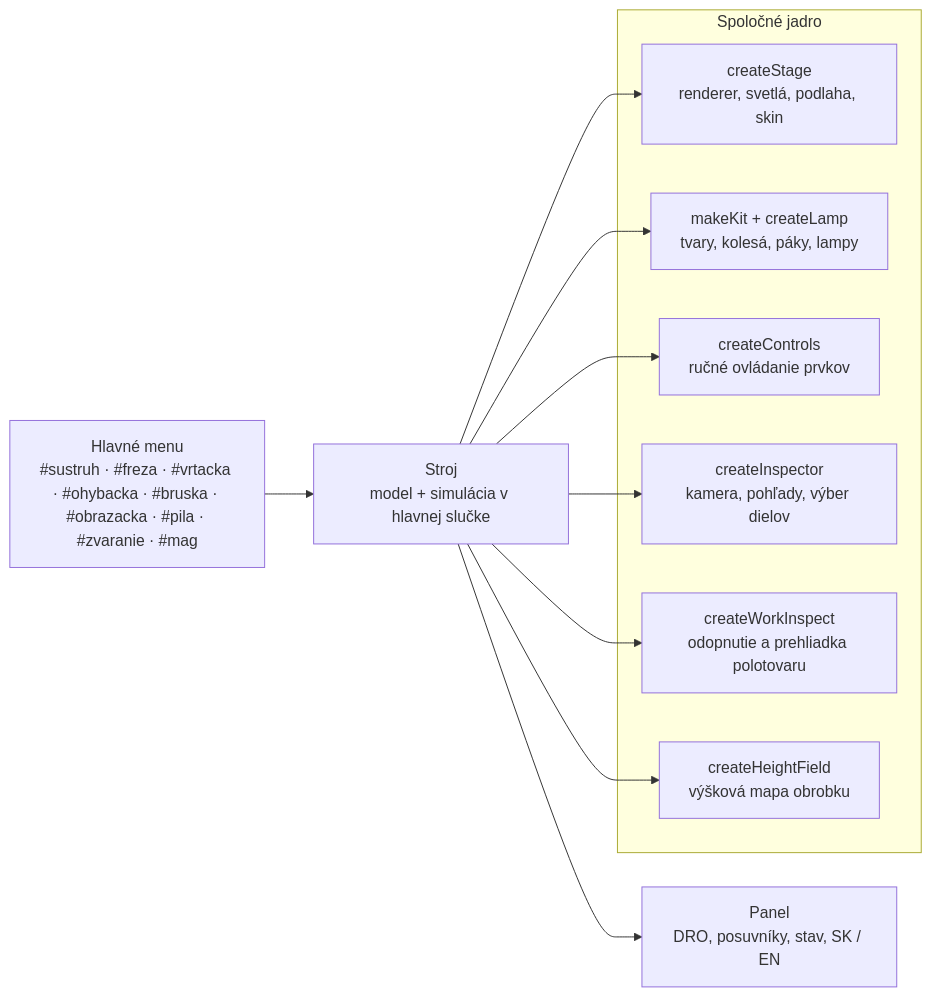
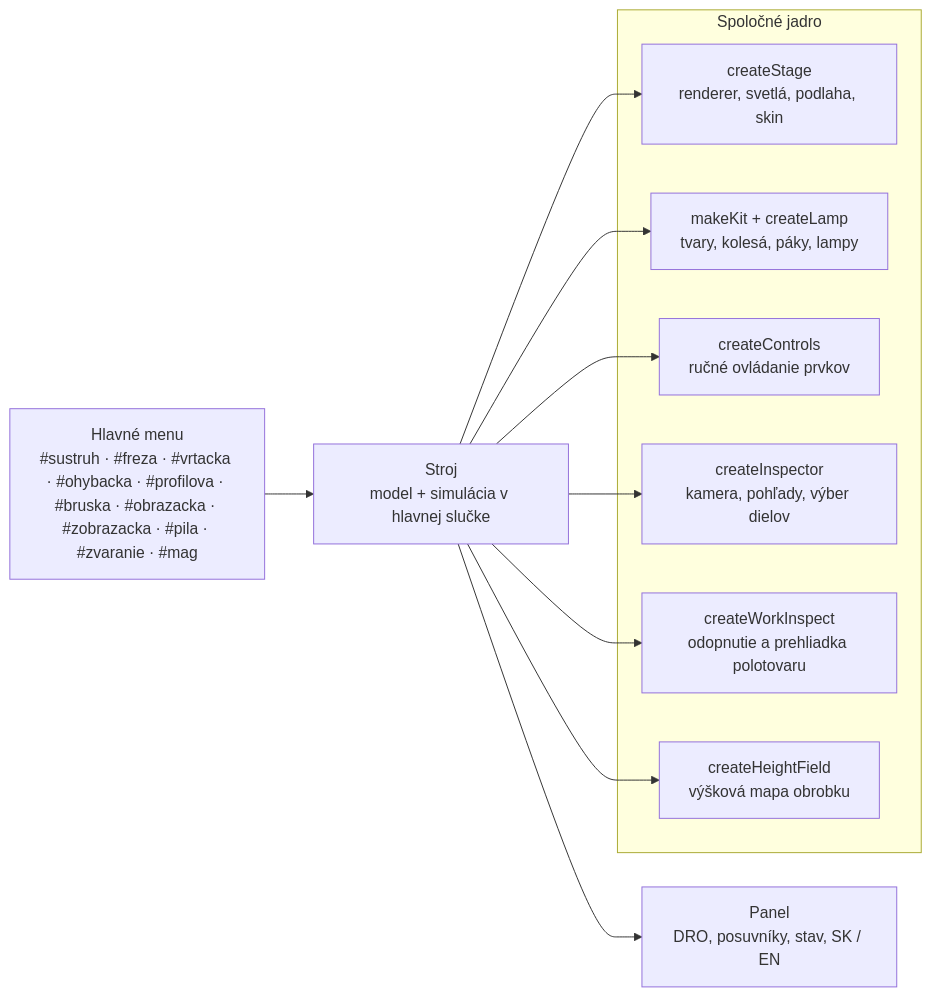
The diagram in README.md (bucala/Real-machine-tools), drawn with Mermaid before and after one commit. The commit also changed other lines of this file and 44 other files, not shown here.

````diff
--- a/README.md
+++ b/README.md
@@ -183,14 +212,14 @@
 ```mermaid
 flowchart LR
-  menu["Hlavné menu<br/>#sustruh · #freza · #vrtacka · #ohybacka · #bruska · #obrazacka · #pila · #zvaranie · #mag"] --> machine
+  menu["Hlavné menu<br/>#sustruh · #freza · #vrtacka · #ohybacka · #profilova · #bruska · #obrazacka · #zobrazacka · #pila · #zvaranie · #mag"] --> machine
   subgraph core["Spoločné jadro"]
     stage["createStage<br/>renderer, svetlá, podlaha, skin"]
     kit["makeKit + createLamp<br/>tvary, kolesá, páky, lampy"]
     ctrl["createControls<br/>ručné ovládanie prvkov"]
     insp["createInspector<br/>kamera, pohľady, výber dielov"]
     wi["createWorkInspect<br/>odopnutie a prehliadka polotovaru"]
     hf["createHeightField<br/>výšková mapa obrobku"]
   end
   machine["Stroj<br/>model + simulácia v hlavnej slučke"] --> stage & kit & ctrl & insp & wi & hf
   machine --> panel["Panel<br/>DRO, posuvníky, stav, SK / EN"]
 ```
````
